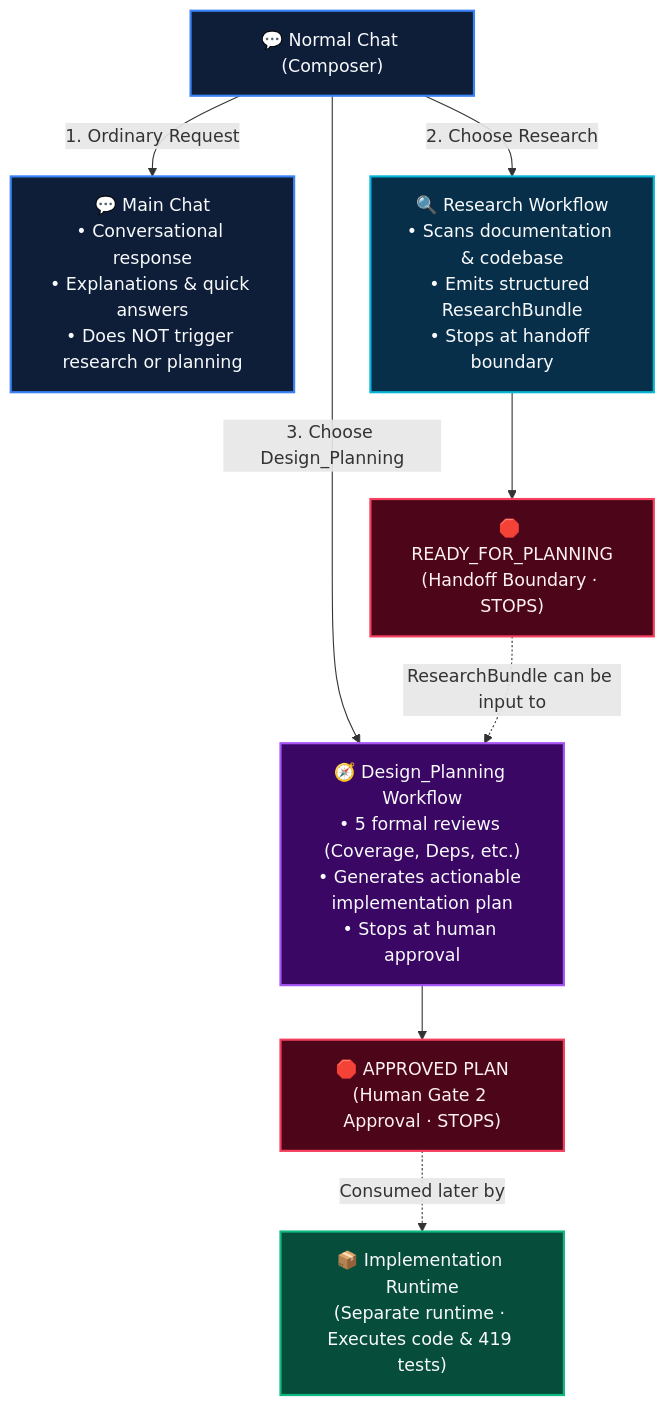
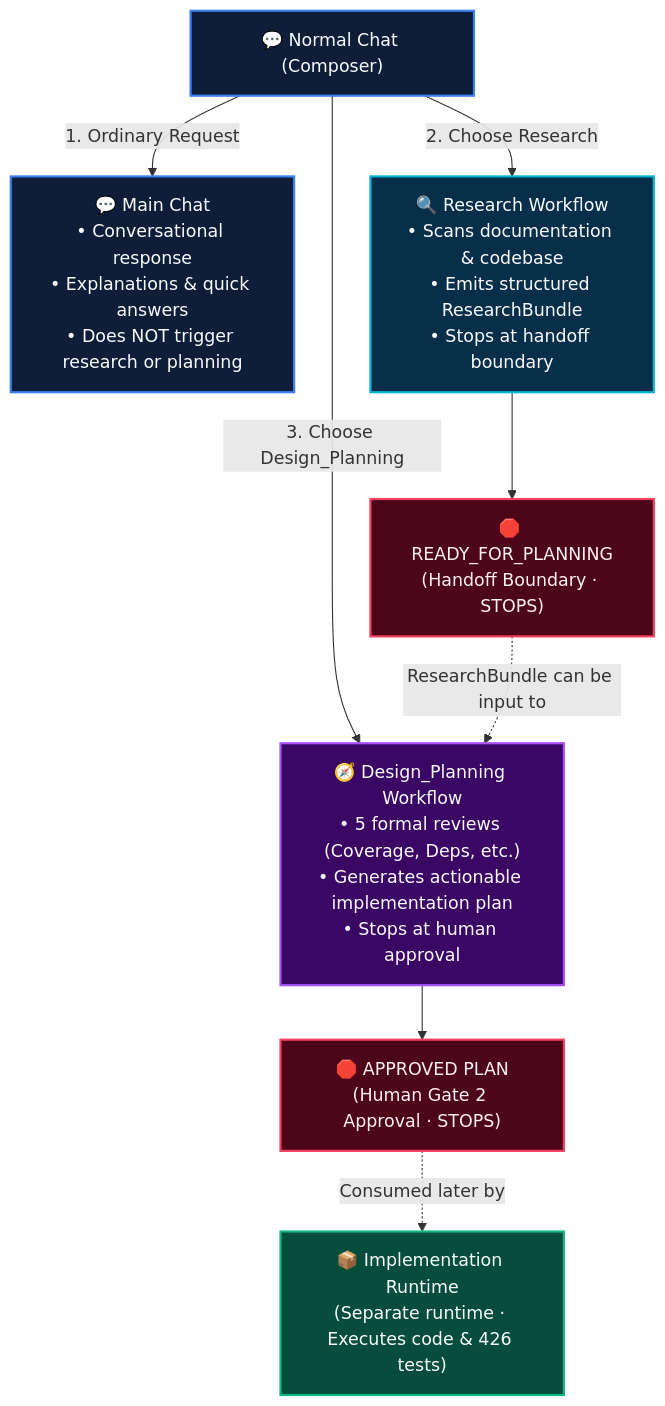
One commit to itz1508/oneshot_e2e changed the first of 4 diagrams in DIAGRAM.md. Above: the diagram before and after it, drawn with Mermaid. The commit also changed other lines of this file and 4 other files, not shown here.

Commit message:
docs: harmonize architecture workflow diagram and update passing test counts across docs and UI

````diff
--- a/DIAGRAM.md
+++ b/DIAGRAM.md
@@ -11,30 +15,30 @@
 ```mermaid
 flowchart TD
     NORMAL_CHAT["💬 Normal Chat (Composer)"]
     
     NORMAL_CHAT -->|"1. Ordinary Request"| MAIN_CHAT["💬 Main Chat\n• Conversational response\n• Explanations & quick answers\n• Does NOT trigger research or planning"]
     
     NORMAL_CHAT -->|"2. Choose Research"| RES_FLOW["🔍 Research Workflow\n• Scans documentation & codebase\n• Emits structured ResearchBundle\n• Stops at handoff boundary"]
     
     NORMAL_CHAT -->|"3. Choose Design_Planning"| PLAN_FLOW["🧭 Design_Planning Workflow\n• 5 formal reviews (Coverage, Deps, etc.)\n• Generates actionable implementation plan\n• Stops at human approval"]
 
     RES_FLOW --> READY_FOR_PLANNING["🛑 READY_FOR_PLANNING\n(Handoff Boundary · STOPS)"]
     
     READY_FOR_PLANNING -.->|"ResearchBundle can be input to"| PLAN_FLOW
     
     PLAN_FLOW --> APPROVED_PLAN["🛑 APPROVED PLAN\n(Human Gate 2 Approval · STOPS)"]
     
-    APPROVED_PLAN -.->|"Consumed later by"| IMPL_RT["📦 Implementation Runtime\n(Separate runtime · Executes code & 419 tests)"]
+    APPROVED_PLAN -.->|"Consumed later by"| IMPL_RT["📦 Implementation Runtime\n(Separate runtime · Executes code & 426 tests)"]
 
     classDef chat fill:#0e1e38,stroke:#3b82f6,stroke-width:2px,color:#f8fafc;
     classDef res fill:#082f49,stroke:#06b6d4,stroke-width:2px,color:#f8fafc;
     classDef plan fill:#3b0764,stroke:#a855f7,stroke-width:2px,color:#f8fafc;
     classDef stop fill:#4c0519,stroke:#f43f5e,stroke-width:2px,color:#fff1f2;
     classDef exec fill:#064e3b,stroke:#10b981,stroke-width:2px,color:#f8fafc;
 
     class NORMAL_CHAT,MAIN_CHAT chat;
     class RES_FLOW res;
     class PLAN_FLOW plan;
     class READY_FOR_PLANNING,APPROVED_PLAN stop;
     class IMPL_RT exec;
 ```
````
